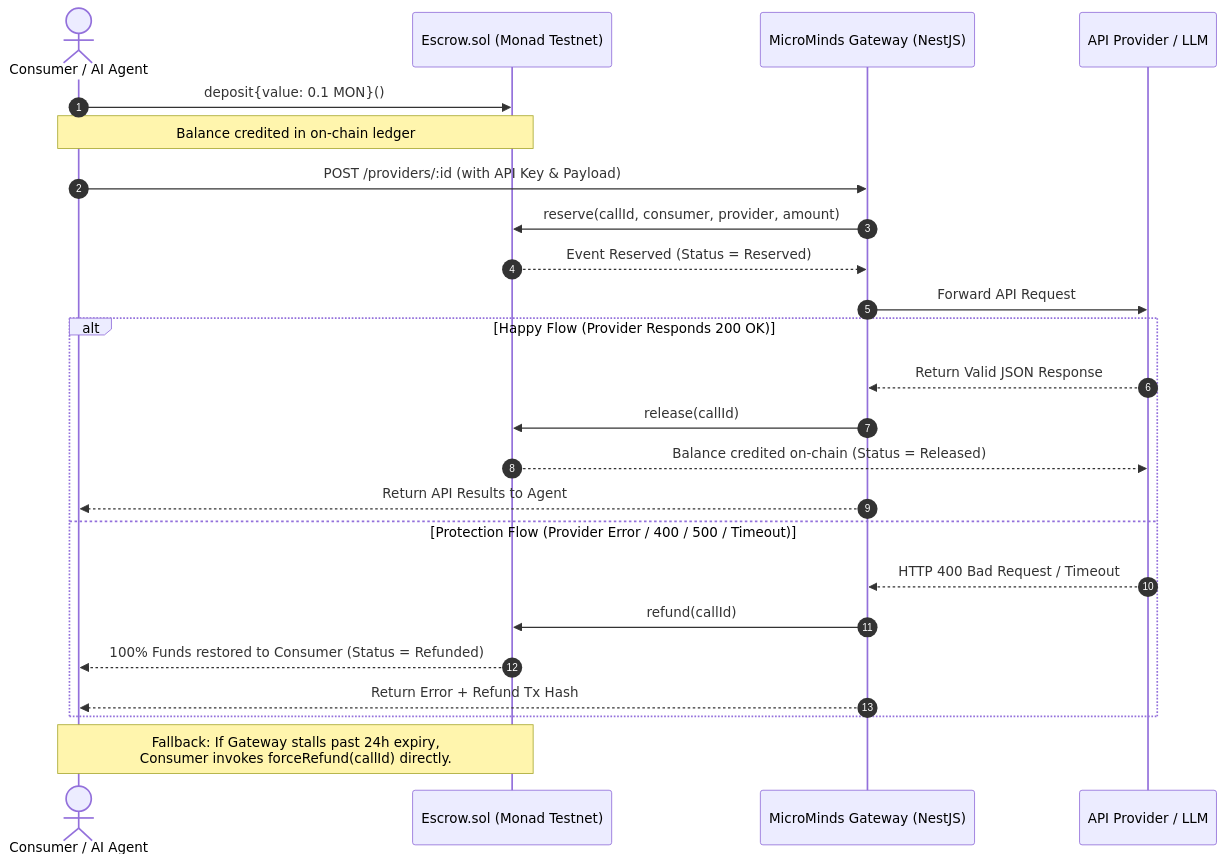
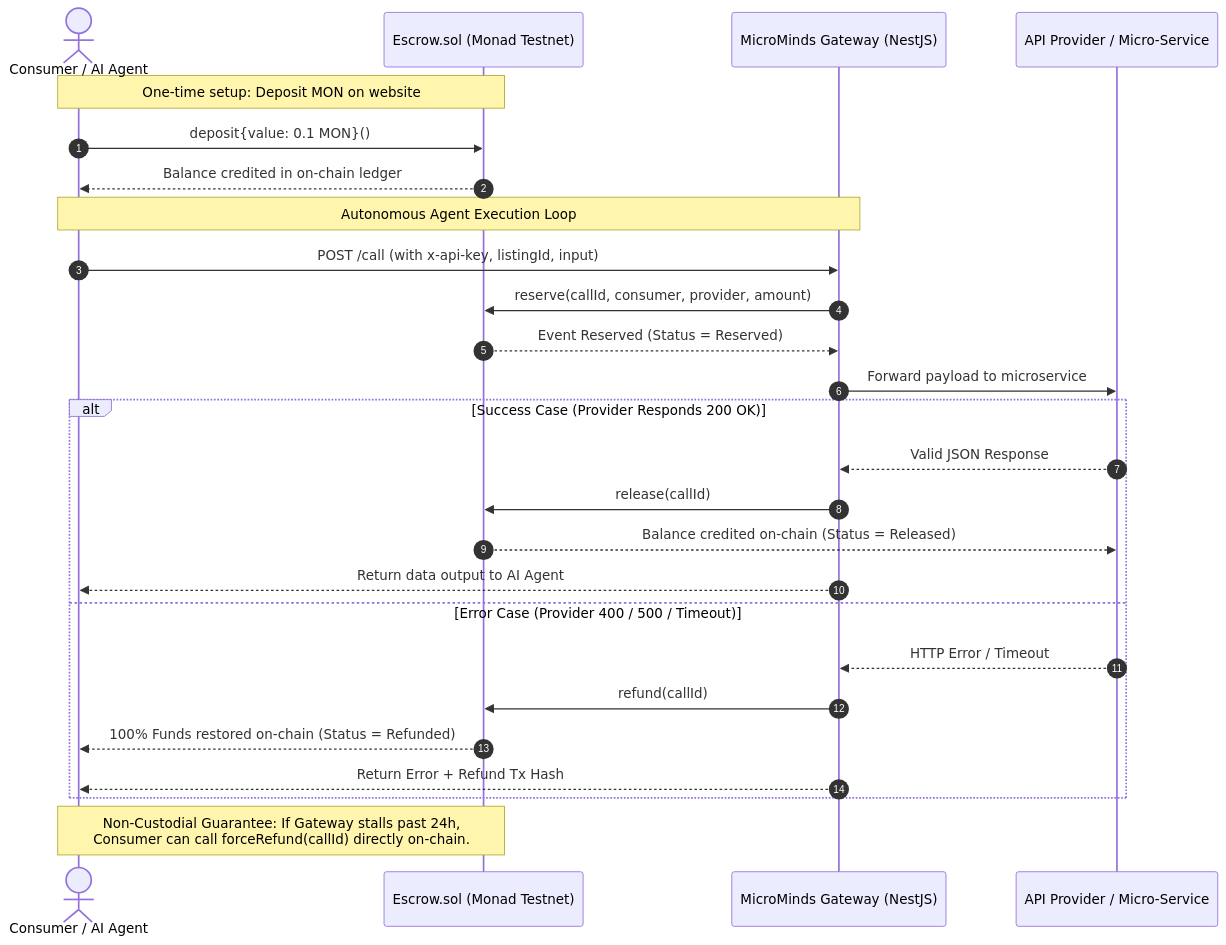
The second of 2 diagrams in README.md (westoryyyy/MicroMinds), drawn with Mermaid before and after one commit. The commit also changed other lines of this file and 1 other file, not shown here.

Commit message:
docs: update README with developer problem story, dual sequence diagrams, and architecture guide PDF

````diff
--- a/README.md
+++ b/README.md
@@ -47,31 +117,33 @@
 ```mermaid
 sequenceDiagram
     autonumber
     actor Consumer as Consumer / AI Agent
     participant Escrow as Escrow.sol (Monad Testnet)
     participant Gateway as MicroMinds Gateway (NestJS)
-    participant Provider as API Provider / LLM
+    participant Provider as API Provider / Micro-Service
 
+    Note over Consumer,Escrow: One-time setup: Deposit MON on website
     Consumer->>Escrow: deposit{value: 0.1 MON}()
-    Note over Consumer,Escrow: Balance credited in on-chain ledger
-    
-    Consumer->>Gateway: POST /providers/:id (with API Key & Payload)
+    Escrow-->>Consumer: Balance credited in on-chain ledger
+
+    Note over Consumer,Gateway: Autonomous Agent Execution Loop
+    Consumer->>Gateway: POST /call (with x-api-key, listingId, input)
     Gateway->>Escrow: reserve(callId, consumer, provider, amount)
     Escrow-->>Gateway: Event Reserved (Status = Reserved)
-    
-    Gateway->>Provider: Forward API Request
-    
-    alt Happy Flow (Provider Responds 200 OK)
-        Provider-->>Gateway: Return Valid JSON Response
+
+    Gateway->>Provider: Forward payload to microservice
+
+    alt Success Case (Provider Responds 200 OK)
+        Provider-->>Gateway: Valid JSON Response
         Gateway->>Escrow: release(callId)
         Escrow-->>Provider: Balance credited on-chain (Status = Released)
-        Gateway-->>Consumer: Return API Results to Agent
-    else Protection Flow (Provider Error / 400 / 500 / Timeout)
-        Provider-->>Gateway: HTTP 400 Bad Request / Timeout
+        Gateway-->>Consumer: Return data output to AI Agent
+    else Error Case (Provider 400 / 500 / Timeout)
+        Provider-->>Gateway: HTTP Error / Timeout
         Gateway->>Escrow: refund(callId)
-        Escrow-->>Consumer: 100% Funds restored to Consumer (Status = Refunded)
+        Escrow-->>Consumer: 100% Funds restored on-chain (Status = Refunded)
         Gateway-->>Consumer: Return Error + Refund Tx Hash
     end
 
-    Note over Consumer,Escrow: Fallback: If Gateway stalls past 24h expiry,<br/>Consumer invokes forceRefund(callId) directly.
+    Note over Consumer,Escrow: Non-Custodial Guarantee: If Gateway stalls past 24h,<br/>Consumer can call forceRefund(callId) directly on-chain.
 ```
````
